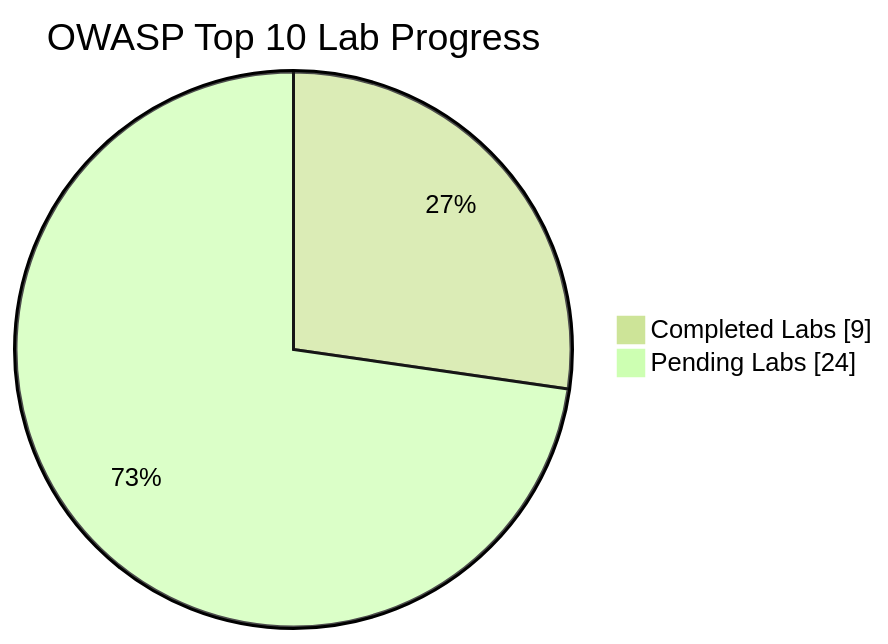
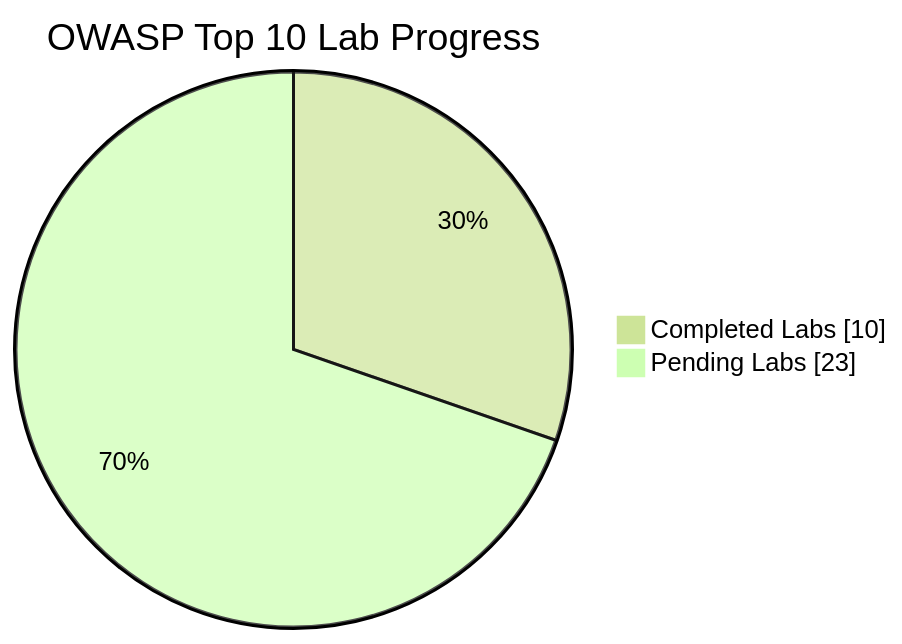
One commit to Nish344/owasp-top10-web-security changed the diagram in README.md. Above: the diagram before and after it, drawn with Mermaid (forest theme). The commit also changed other lines of this file and 1 other file, not shown here.

````diff
--- a/README.md
+++ b/README.md
@@ -12,6 +12,6 @@
 ```mermaid
 pie showData
   title OWASP Top 10 Lab Progress
-  "Completed Labs" : 9
-  "Pending Labs" : 24
+  "Completed Labs" : 10
+  "Pending Labs" : 23
 ```
````
